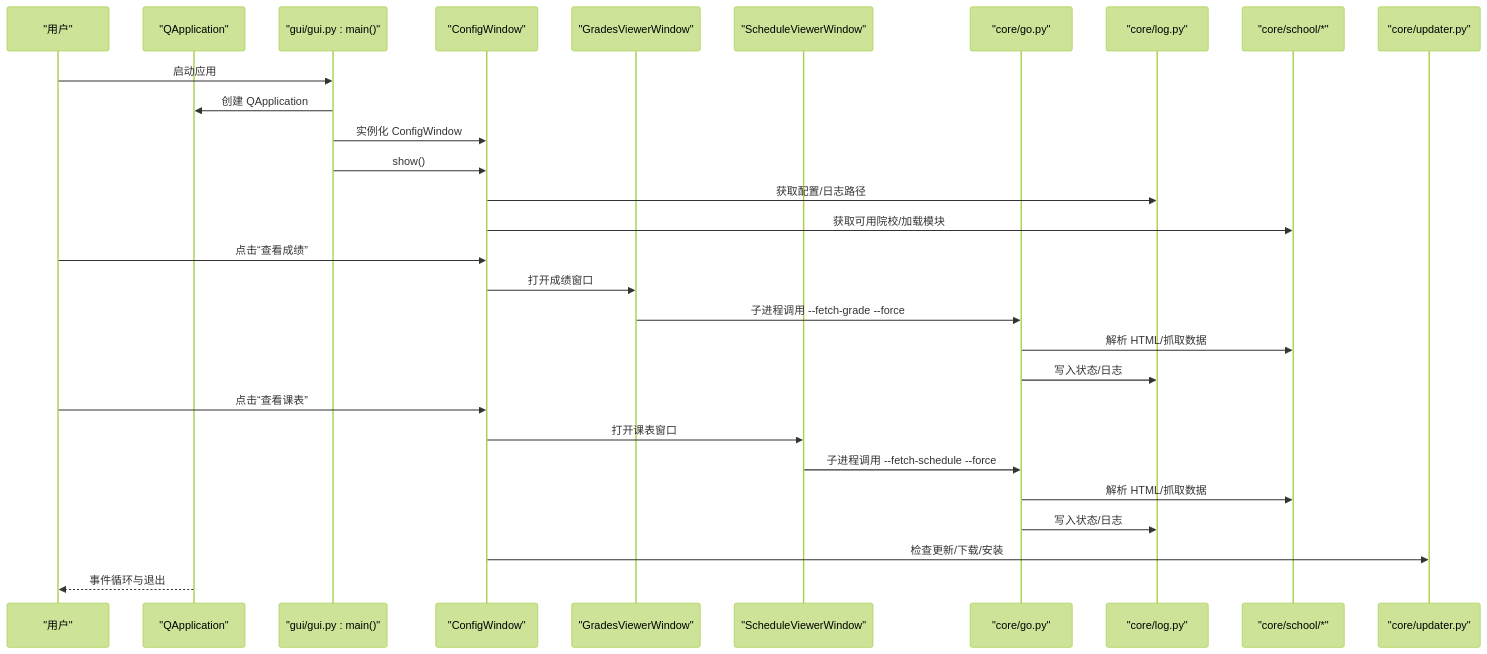
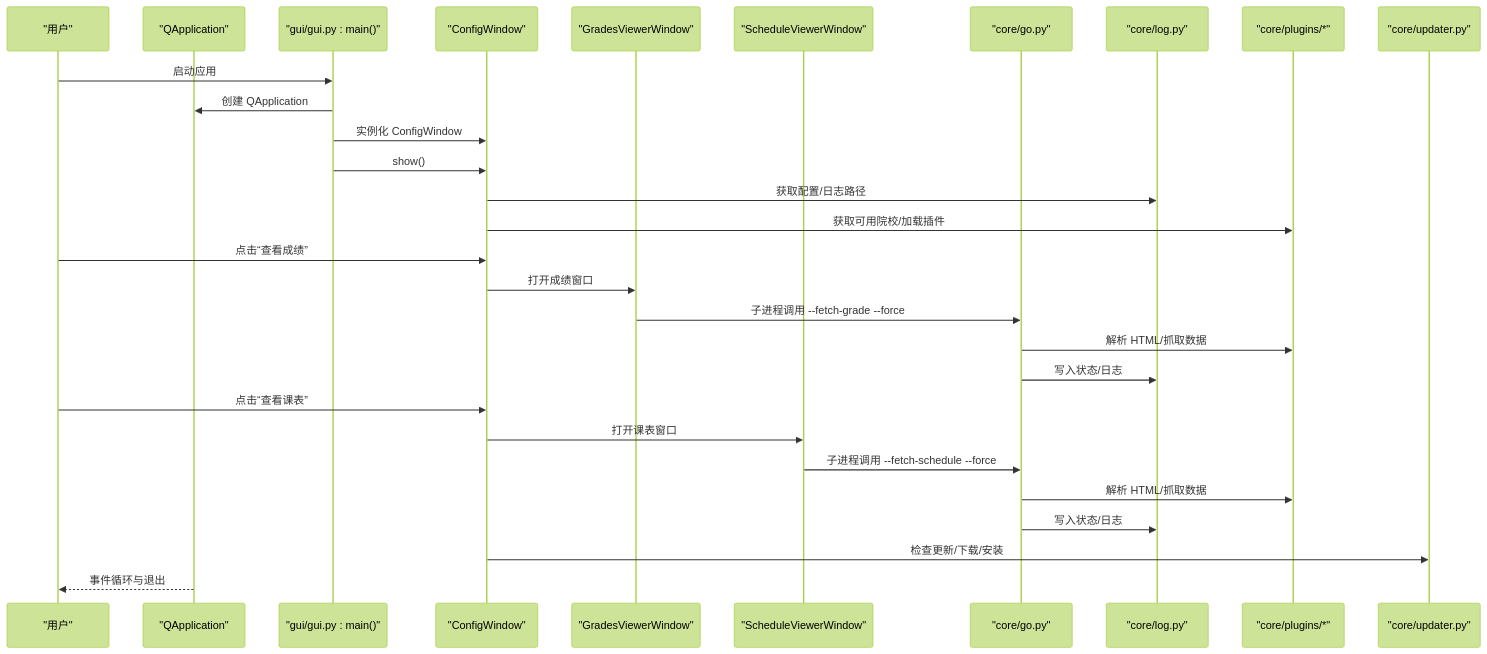
Before and after one commit to pjnt9372/Capture_Push: the second of 7 diagrams in .wiki/zh/content/图形用户界面/主窗口与应用入口.md, drawn with Mermaid (forest theme). The commit also changed other lines of this file and 37 other files, not shown here.

````diff
--- a/.wiki/zh/content/图形用户界面/主窗口与应用入口.md
+++ b/.wiki/zh/content/图形用户界面/主窗口与应用入口.md
@@ -123,31 +123,31 @@
 ```mermaid
 sequenceDiagram
 participant User as "用户"
 participant App as "QApplication"
 participant Entry as "gui/gui.py : main()"
 participant Win as "ConfigWindow"
 participant SubG as "GradesViewerWindow"
 participant SubS as "ScheduleViewerWindow"
 participant Core as "core/go.py"
 participant Log as "core/log.py"
-participant School as "core/school/*"
+participant Plugins as "core/plugins/*"
 participant Upd as "core/updater.py"
 User->>Entry : 启动应用
 Entry->>App : 创建 QApplication
 Entry->>Win : 实例化 ConfigWindow
 Entry->>Win : show()
 Win->>Log : 获取配置/日志路径
-Win->>School : 获取可用院校/加载模块
+Win->>Plugins : 获取可用院校/加载插件
 User->>Win : 点击“查看成绩”
 Win->>SubG : 打开成绩窗口
 SubG->>Core : 子进程调用 --fetch-grade --force
-Core->>School : 解析 HTML/抓取数据
+Core->>Plugins : 解析 HTML/抓取数据
 Core->>Log : 写入状态/日志
 User->>Win : 点击“查看课表”
 Win->>SubS : 打开课表窗口
 SubS->>Core : 子进程调用 --fetch-schedule --force
-Core->>School : 解析 HTML/抓取数据
+Core->>Plugins : 解析 HTML/抓取数据
 Core->>Log : 写入状态/日志
 Win->>Upd : 检查更新/下载/安装
 App-->>User : 事件循环与退出
 ```
````
